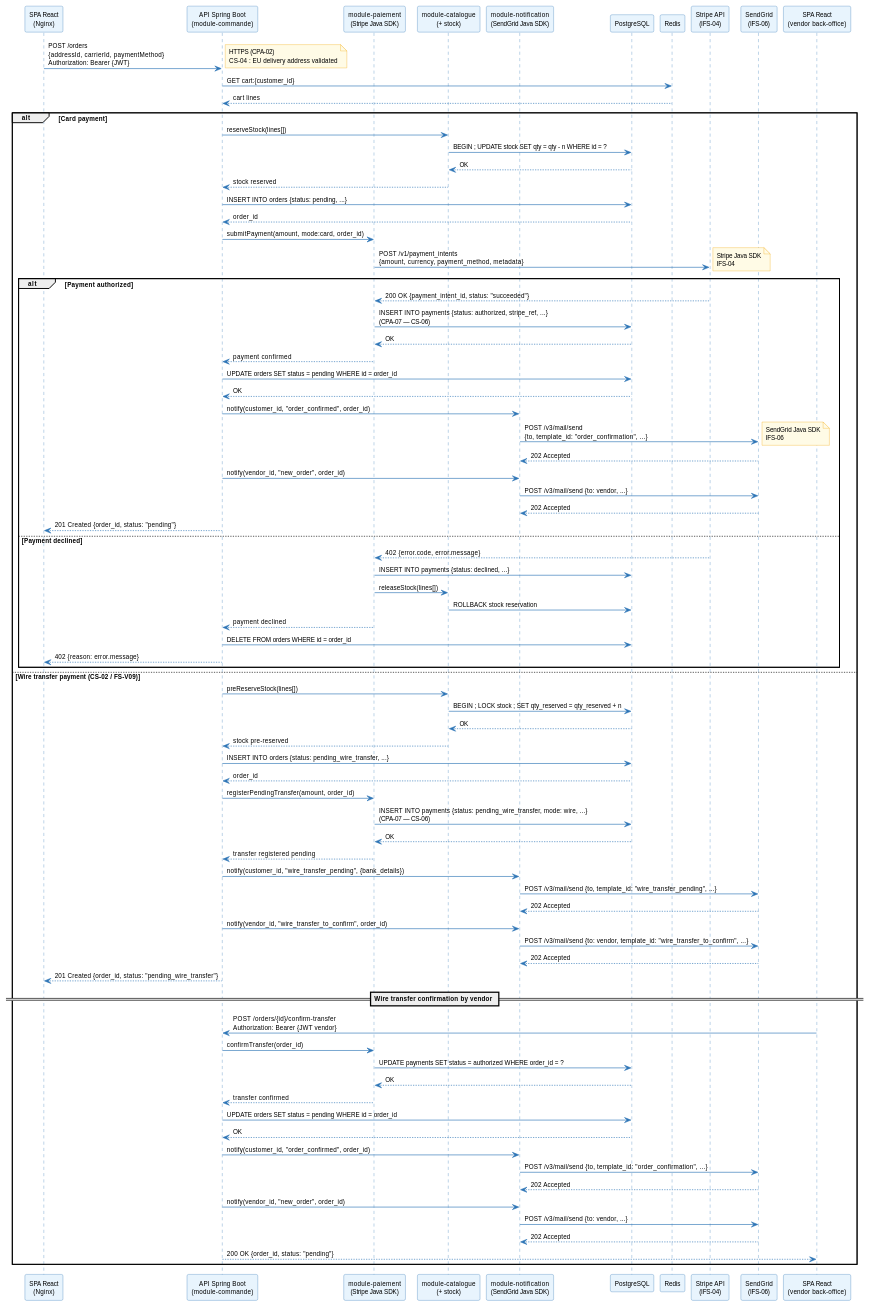
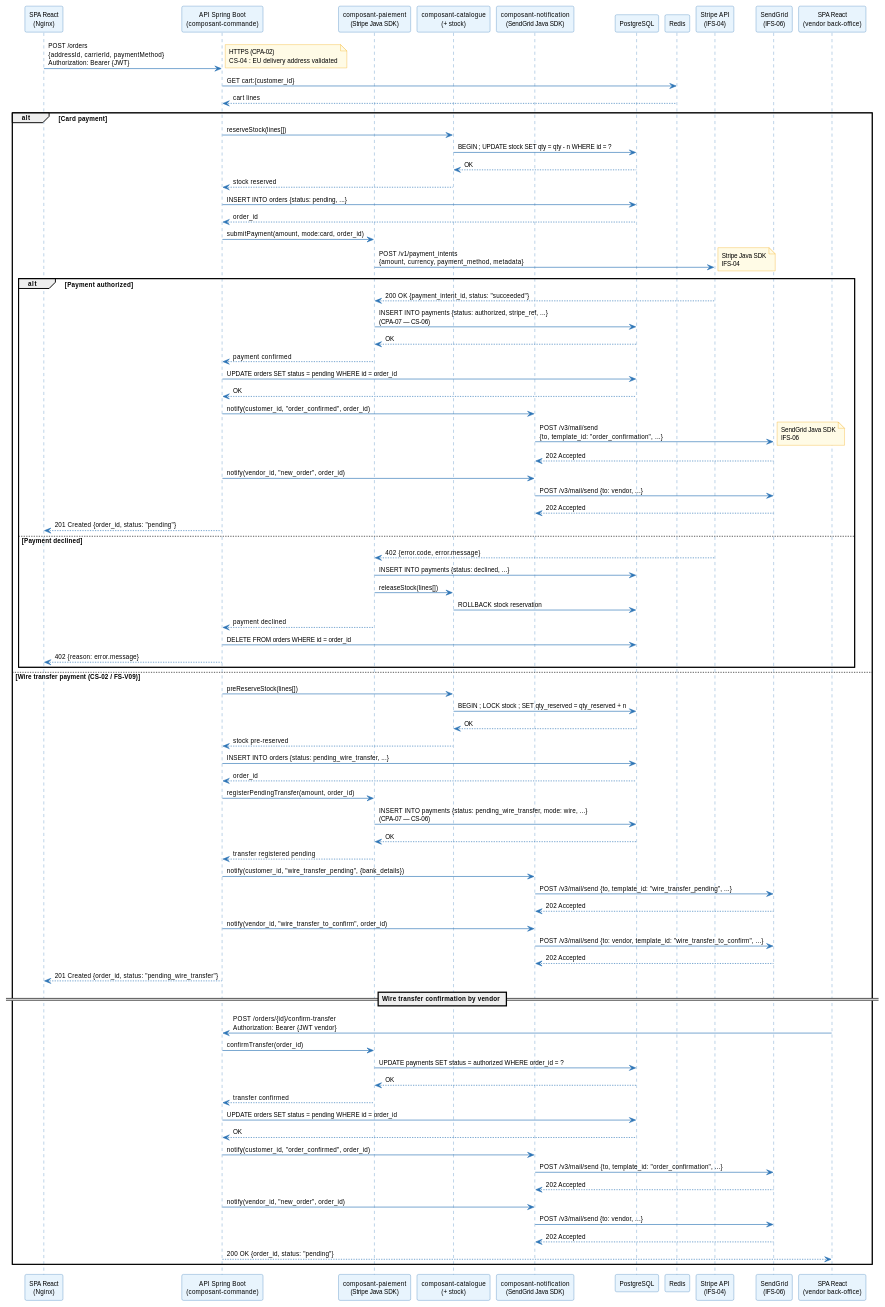
The third of 42 diagrams in architecture/04-physical-architecture/pa.adoc (louistalvande/online_shop), drawn with PlantUML before and after one commit. The commit also changed other lines of this file and 5 other files, not shown here.

```diff
--- a/architecture/04-physical-architecture/pa.adoc
+++ b/architecture/04-physical-architecture/pa.adoc
@@ -312,10 +319,10 @@
 skinparam defaultFontSize 10
 
 participant "SPA React\n(Nginx)" as SPA
-participant "API Spring Boot\n(module-commande)" as API
-participant "module-paiement\n(Stripe Java SDK)" as PayMod
-participant "module-catalogue\n(+ stock)" as CatalogMod
-participant "module-notification\n(SendGrid Java SDK)" as NotifMod
+participant "API Spring Boot\n(composant-commande)" as API
+participant "composant-paiement\n(Stripe Java SDK)" as PayMod
+participant "composant-catalogue\n(+ stock)" as CatalogMod
+participant "composant-notification\n(SendGrid Java SDK)" as NotifMod
 participant "PostgreSQL" as PG
 participant "Redis" as Redis
 participant "Stripe API\n(IFS-04)" as Stripe
```
